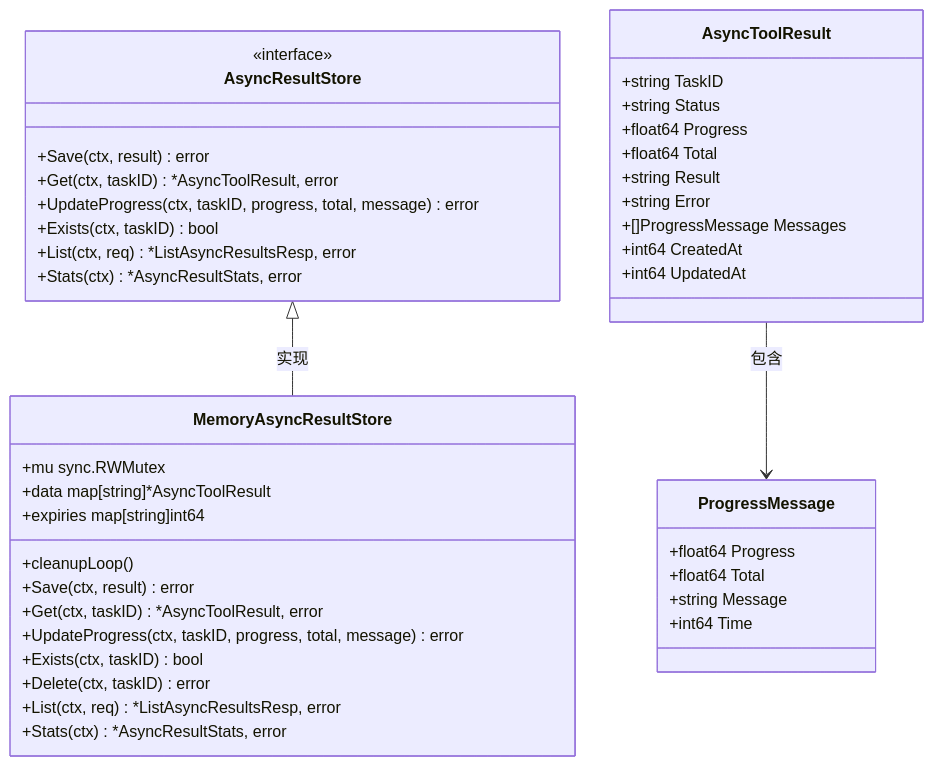
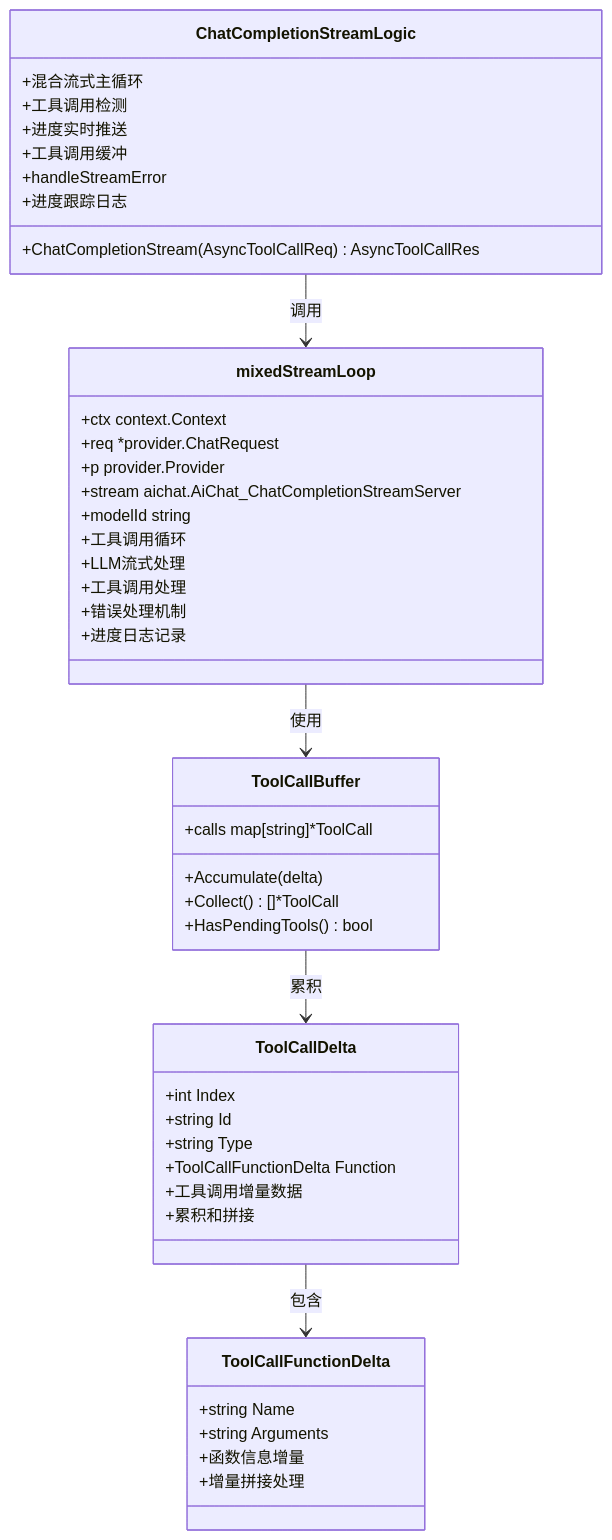
Before and after one commit to maomao94/zero-service: the fourth of 12 diagrams in .qoder/repowiki/zh/content/核心服务详解/AI聊天服务.md, drawn with Mermaid. The commit also changed other lines of this file and 48 other files, not shown here.

````diff
--- a/.qoder/repowiki/zh/content/核心服务详解/AI聊天服务.md
+++ b/.qoder/repowiki/zh/content/核心服务详解/AI聊天服务.md
@@ -548,44 +632,48 @@
 ```mermaid
 classDiagram
-class AsyncResultStore {
-<<interface>>
-+Save(ctx, result) error
-+Get(ctx, taskID) *AsyncToolResult, error
-+UpdateProgress(ctx, taskID, progress, total, message) error
-+Exists(ctx, taskID) bool
-+List(ctx, req) *ListAsyncResultsResp, error
-+Stats(ctx) *AsyncResultStats, error
+class ChatCompletionStreamLogic {
++ChatCompletionStream(AsyncToolCallReq) AsyncToolCallRes
++混合流式主循环
++工具调用检测
++进度实时推送
++工具调用缓冲
++handleStreamError
++进度跟踪日志
 }
-class MemoryAsyncResultStore {
-+mu sync.RWMutex
-+data map[string]*AsyncToolResult
-+expiries map[string]int64
-+cleanupLoop()
-+Save(ctx, result) error
-+Get(ctx, taskID) *AsyncToolResult, error
-+UpdateProgress(ctx, taskID, progress, total, message) error
-+Exists(ctx, taskID) bool
-+Delete(ctx, taskID) error
-+List(ctx, req) *ListAsyncResultsResp, error
-+Stats(ctx) *AsyncResultStats, error
+class mixedStreamLoop {
++ctx context.Context
++req *provider.ChatRequest
++p provider.Provider
++stream aichat.AiChat_ChatCompletionStreamServer
++modelId string
++工具调用循环
++LLM流式处理
++工具调用处理
++错误处理机制
++进度日志记录
 }
-class AsyncToolResult {
-+string TaskID
-+string Status
-+float64 Progress
-+float64 Total
-+string Result
-+string Error
-+[]ProgressMessage Messages
-+int64 CreatedAt
-+int64 UpdatedAt
+class ToolCallBuffer {
++calls map[string]*ToolCall
++Accumulate(delta)
++Collect() []*ToolCall
++HasPendingTools() bool
 }
-class ProgressMessage {
-+float64 Progress
-+float64 Total
-+string Message
-+int64 Time
+class ToolCallDelta {
++int Index
++string Id
++string Type
++ToolCallFunctionDelta Function
++工具调用增量数据
++累积和拼接
 }
-AsyncResultStore <|-- MemoryAsyncResultStore : 实现
-AsyncToolResult --> ProgressMessage : 包含
+class ToolCallFunctionDelta {
++string Name
++string Arguments
++函数信息增量
++增量拼接处理
+}
+ChatCompletionStreamLogic --> mixedStreamLoop : 调用
+mixedStreamLoop --> ToolCallBuffer : 使用
+ToolCallBuffer --> ToolCallDelta : 累积
+ToolCallDelta --> ToolCallFunctionDelta : 包含
 ```
````
